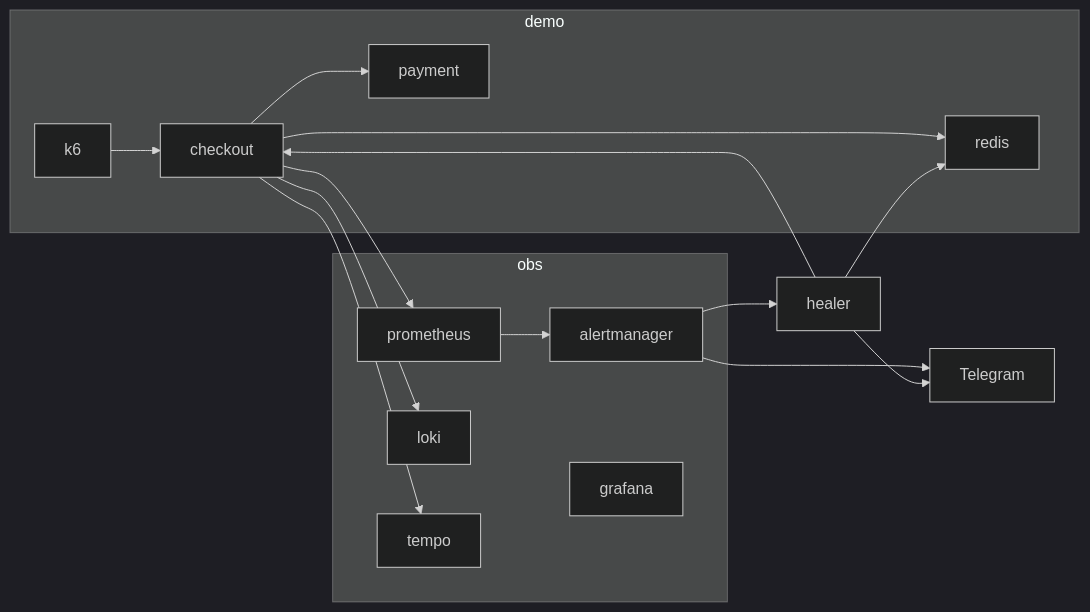
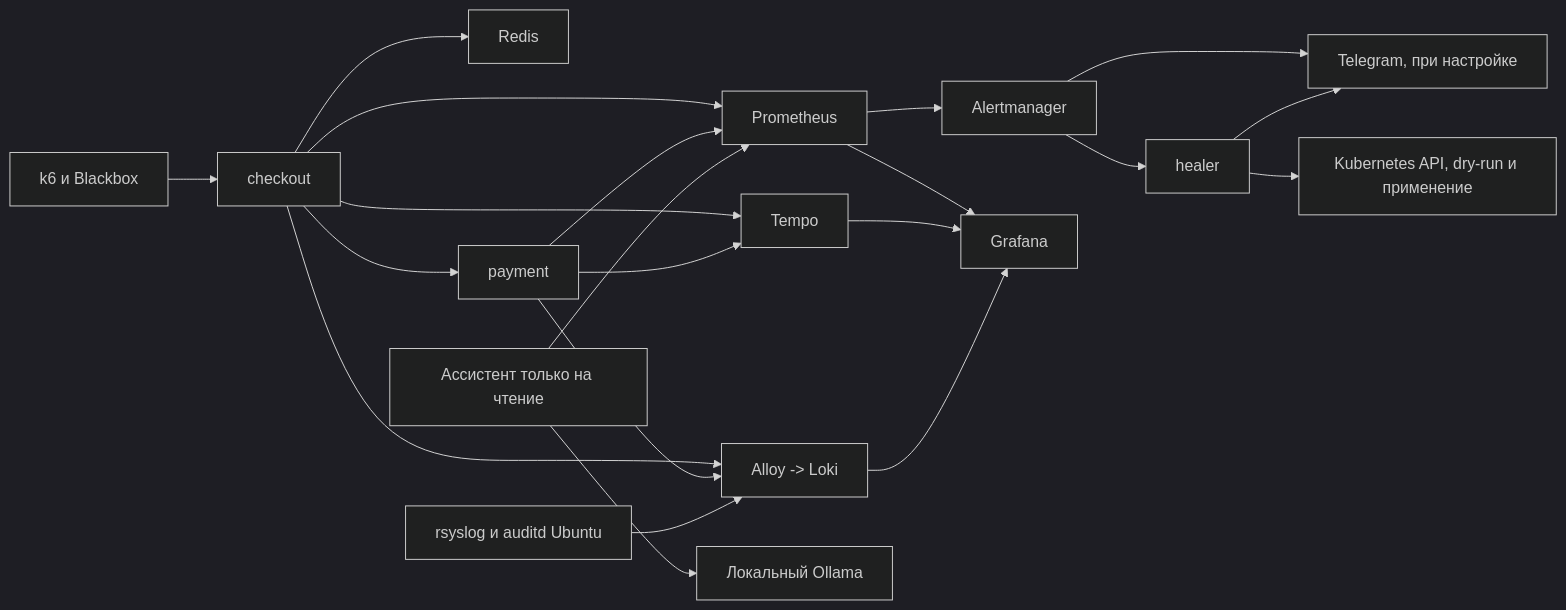
Before and after one commit to spasster/MTC-SRE: the diagram in README.md, drawn with Mermaid (dark theme). The commit also changed other lines of this file, not shown here.

````diff
--- a/README.md
+++ b/README.md
@@ -25,24 +19,23 @@
 ```mermaid
 flowchart LR
-  subgraph demo [demo]
-    k6[k6] --> checkout
-    checkout --> redis
-    checkout --> payment
-  end
-  subgraph obs [obs]
-    prometheus --> alertmanager
-    grafana
-    loki
-    tempo
-  end
-  healer[healer]
-  telegram[Telegram]
-  checkout --> prometheus
-  checkout --> loki
-  checkout --> tempo
-  alertmanager --> healer
-  alertmanager --> telegram
-  healer --> telegram
-  healer --> checkout
-  healer --> redis
+  K[k6 и Blackbox] --> C[checkout]
+  C --> R[Redis]
+  C --> P[payment]
+  C --> M[Prometheus]
+  P --> M
+  M --> A[Alertmanager]
+  A --> H[healer]
+  A --> G[Telegram, при настройке]
+  H --> G
+  H --> API[Kubernetes API, dry-run и применение]
+  C --> T[Tempo]
+  P --> T
+  C --> L[Alloy -> Loki]
+  P --> L
+  N[rsyslog и auditd Ubuntu] --> L
+  M --> F[Grafana]
+  T --> F
+  L --> F
+  Q[Ассистент только на чтение] --> M
+  Q --> O[Локальный Ollama]
 ```
````
